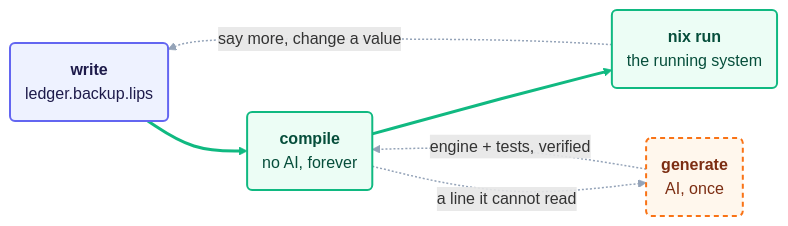
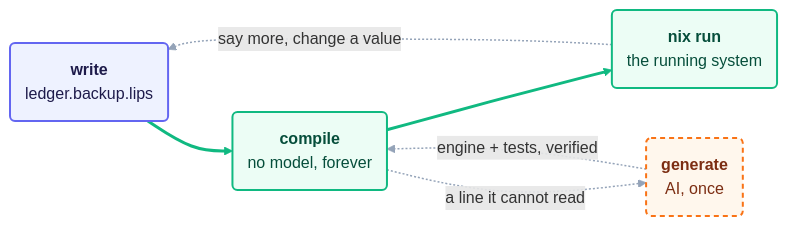
Before and after one commit to cornerman/lips: the diagram in README.md, drawn with Mermaid. The commit also changed other lines of this file and 3 other files, not shown here.

````diff
--- a/README.md
+++ b/README.md
@@ -280,21 +171,21 @@
 ```mermaid
 flowchart LR
     W("<b>write</b><br>ledger.backup.lips")
-    C("<b>compile</b><br>no AI, forever")
+    C("<b>compile</b><br>no model, forever")
     R("<b>nix run</b><br>the running system")
     G("<b>generate</b><br>AI, once")
 
     W ==> C ==> R
     C -.->|"a line it cannot read"| G
     G -.->|"engine + tests, verified"| C
     R -.->|"say more, change a value"| W
 
     classDef you fill:#eef2ff,stroke:#6366f1,stroke-width:2px,color:#1e1b4b
     classDef det fill:#ecfdf5,stroke:#10b981,stroke-width:2px,color:#064e3b
     classDef ai fill:#fff7ed,stroke:#f97316,stroke-width:2px,color:#7c2d12,stroke-dasharray:5 4
     class W you
     class C,R det
     class G ai
     linkStyle 0,1 stroke:#10b981,stroke-width:3px
     linkStyle 2,3,4 stroke:#94a3b8,stroke-width:1.5px
 ```
````
